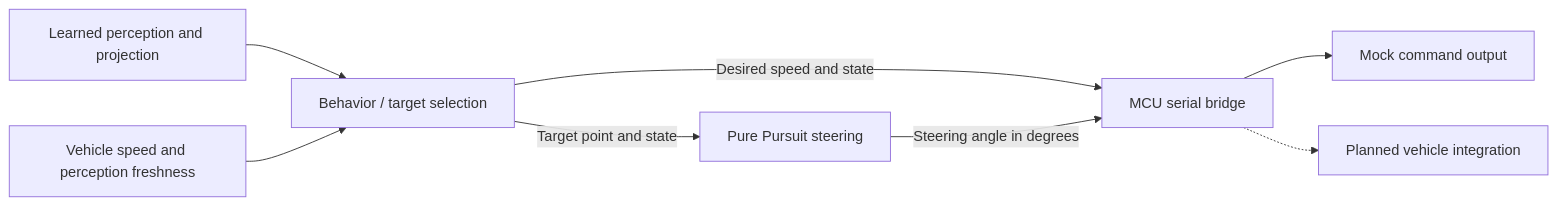
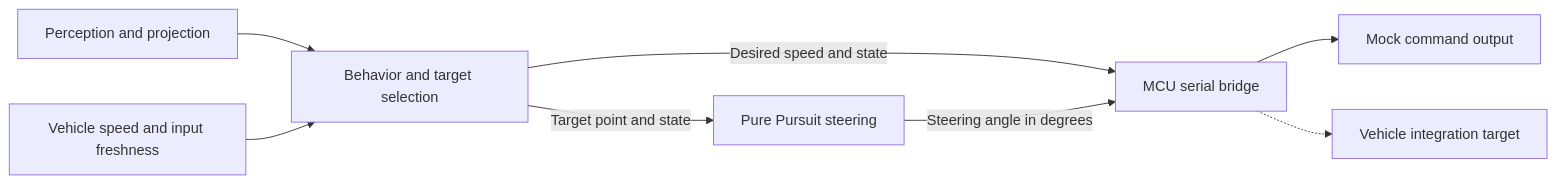
One commit to steveandy-sudo/vmodel-driving-portfolio changed the diagram in README.md. Above: the diagram before and after it, drawn with Mermaid. The commit also changed other lines of this file and 2 other files, not shown here.

````diff
--- a/README.md
+++ b/README.md
@@ -37,10 +35,10 @@
 ```mermaid
 flowchart LR
-    Perception[Learned perception and projection] --> Behavior[Behavior / target selection]
-    Feedback[Vehicle speed and perception freshness] --> Behavior
+    Perception[Perception and projection] --> Behavior[Behavior and target selection]
+    Feedback[Vehicle speed and input freshness] --> Behavior
     Behavior -->|Target point and state| Steering[Pure Pursuit steering]
     Behavior -->|Desired speed and state| Bridge[MCU serial bridge]
     Steering -->|Steering angle in degrees| Bridge
     Bridge --> Mock[Mock command output]
-    Bridge -.-> MCU[Planned vehicle integration]
+    Bridge -.-> MCU[Vehicle integration target]
 ```
````
